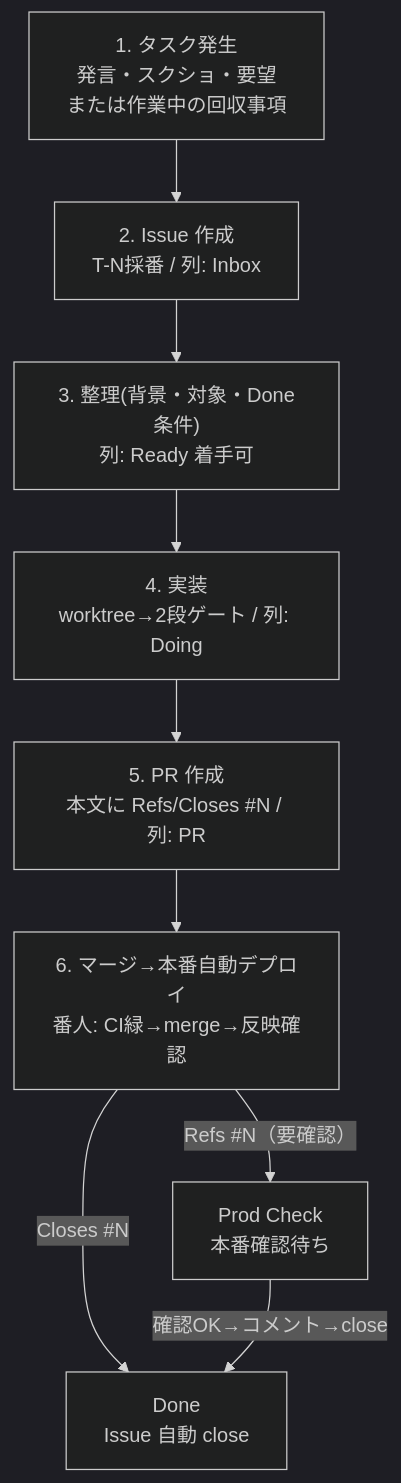
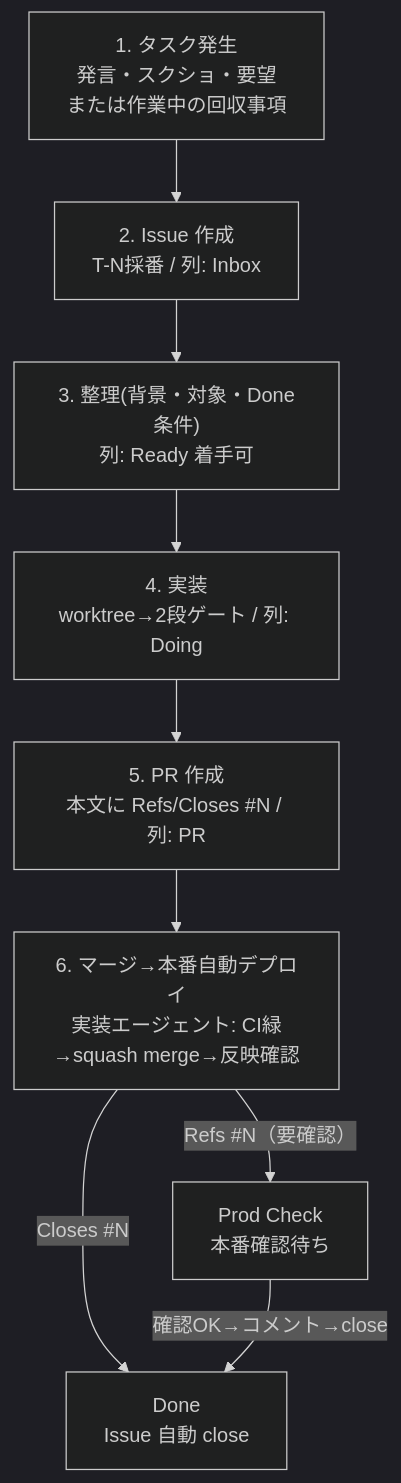
One commit to sinoda1114/gmail-kanban changed the diagram in notes/task-management-issue-workflow.md. Above: the diagram before and after it, drawn with Mermaid (dark theme). The commit also changed 4 other files, not shown here.

````diff
--- a/notes/task-management-issue-workflow.md
+++ b/notes/task-management-issue-workflow.md
@@ -133,11 +133,11 @@
 ```mermaid
 flowchart TD
     A["1. タスク発生<br/>発言・スクショ・要望<br/>または作業中の回収事項"] --> B["2. Issue 作成<br/>T-N採番 / 列: Inbox"]
     B --> C["3. 整理(背景・対象・Done条件)<br/>列: Ready 着手可"]
     C --> D["4. 実装<br/>worktree→2段ゲート / 列: Doing"]
     D --> E["5. PR 作成<br/>本文に Refs/Closes #N / 列: PR"]
-    E --> F["6. マージ→本番自動デプロイ<br/>番人: CI緑→merge→反映確認"]
+    E --> F["6. マージ→本番自動デプロイ<br/>実装エージェント: CI緑→squash merge→反映確認"]
     F -->|"Closes #N"| G["Done<br/>Issue 自動 close"]
     F -->|"Refs #N（要確認）"| H["Prod Check<br/>本番確認待ち"]
     H -->|確認OK→コメント→close| G
 ```
````
